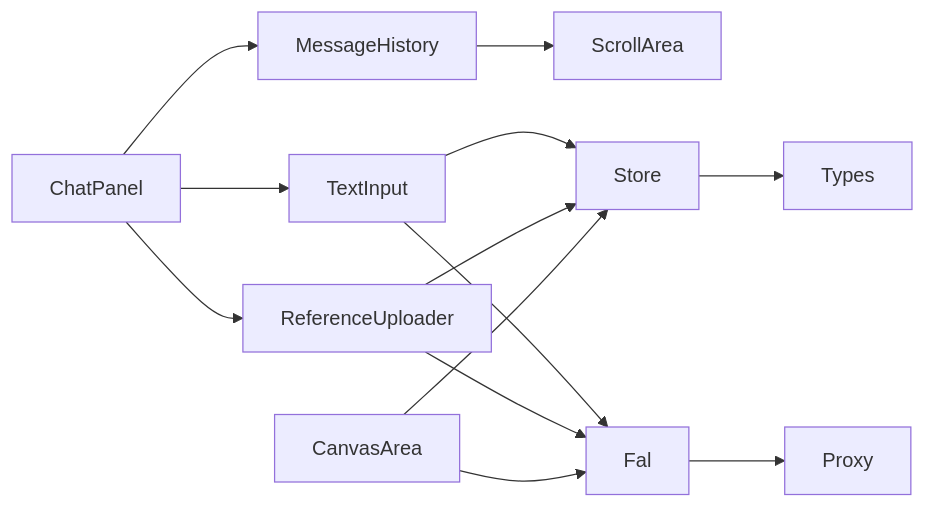
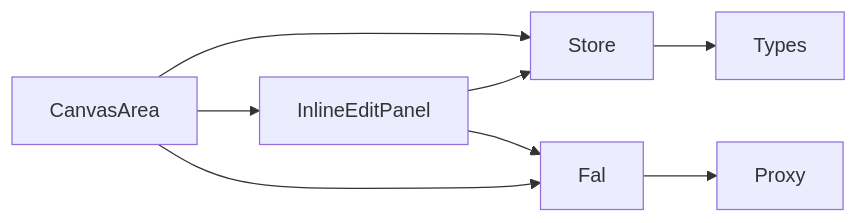
Before and after one commit to billye220670/BananaFlow2: the fifth of 5 diagrams in .qoder/repowiki/zh/content/核心功能模块/聊天界面系统.md, drawn with Mermaid. The commit also changed other lines of this file and 29 other files, not shown here.

````diff
--- a/.qoder/repowiki/zh/content/核心功能模块/聊天界面系统.md
+++ b/.qoder/repowiki/zh/content/核心功能模块/聊天界面系统.md
@@ -323,15 +246,10 @@
 ```mermaid
 graph LR
-ChatPanel --> MessageHistory
-ChatPanel --> ReferenceUploader
-ChatPanel --> TextInput
-MessageHistory --> ScrollArea
-TextInput --> Store
-ReferenceUploader --> Store
+CanvasArea --> InlineEditPanel
 CanvasArea --> Store
-TextInput --> Fal
-ReferenceUploader --> Fal
+InlineEditPanel --> Store
+InlineEditPanel --> Fal
 CanvasArea --> Fal
 Store --> Types
 Fal --> Proxy
 ```
````
